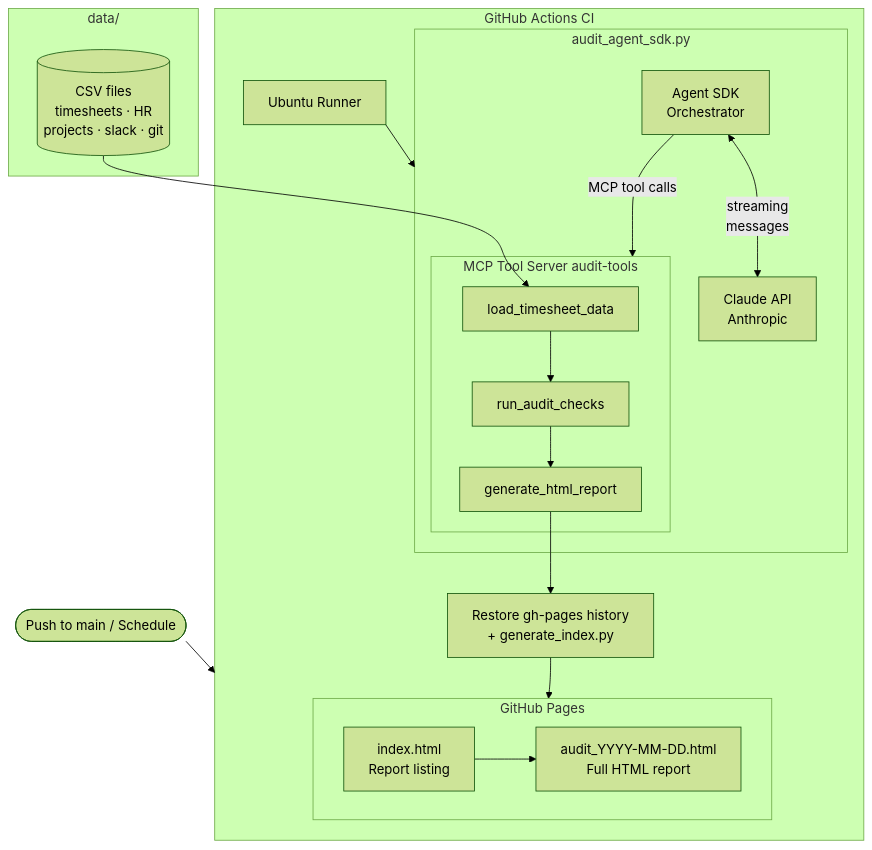
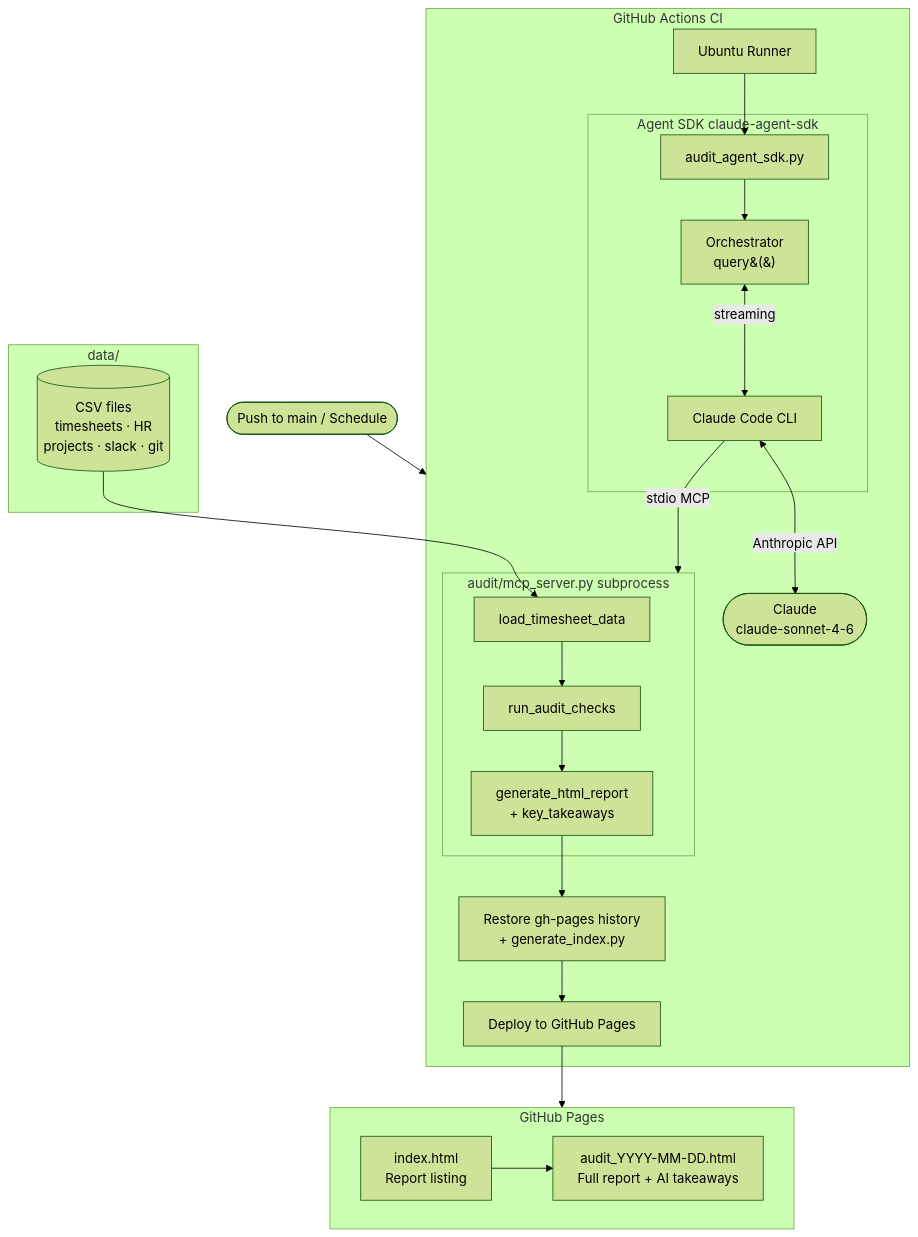
One commit to sushantgawali/agentic-ai-timesheet changed the first of 2 diagrams in README.md. Above: the diagram before and after it, drawn with Mermaid (forest theme). The commit also changed other lines of this file, not shown here.

Commit message:
docs: update architecture diagrams for subprocess MCP server

````diff
--- a/README.md
+++ b/README.md
@@ -185,37 +185,42 @@
 ```mermaid
 flowchart TD
     trigger([Push to main / Schedule]) --> actions
 
     subgraph actions ["GitHub Actions CI"]
         runner[Ubuntu Runner]
-        runner --> agent
+        runner --> entry[audit_agent_sdk.py]
 
-        subgraph agent ["audit_agent_sdk.py"]
-            sdk[Agent SDK\nOrchestrator]
-            sdk <-->|streaming\nmessages| claude[Claude API\nAnthropic]
-            sdk -->|MCP tool calls| mcp
+        subgraph sdk ["Agent SDK  claude-agent-sdk"]
+            entry --> orch[Orchestrator\nquery&#40;&#41;]
+            orch <-->|streaming| cli[Claude Code CLI]
+        end
 
-            subgraph mcp ["MCP Tool Server  audit-tools"]
-                t1[load_timesheet_data]
-                t2[run_audit_checks]
-                t3[generate_html_report]
-                t1 --> t2 --> t3
-            end
+        cli <-->|Anthropic API| claude([Claude\nclaude-sonnet-4-6])
+
+        cli -->|stdio MCP| mcp
+
+        subgraph mcp ["audit/mcp_server.py  subprocess"]
+            t1[load_timesheet_data]
+            t2[run_audit_checks]
+            t3[generate_html_report\n+ key_takeaways]
+            t1 --> t2 --> t3
         end
 
         t3 --> site[Restore gh-pages history\n+ generate_index.py]
-        site --> pages
+        site --> deploy[Deploy to GitHub Pages]
     end
 
     subgraph data ["data/"]
         csv[(CSV files\ntimesheets · HR\nprojects · slack · git)]
     end
 
     csv --> t1
 
     subgraph pages ["GitHub Pages"]
         idx[index.html\nReport listing]
-        rpt[audit_YYYY-MM-DD.html\nFull HTML report]
+        rpt[audit_YYYY-MM-DD.html\nFull report + AI takeaways]
         idx --> rpt
     end
+
+    deploy --> pages
 ```
````
